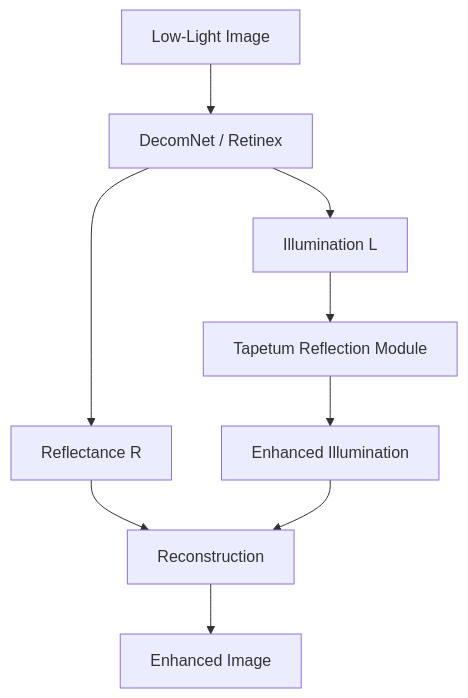
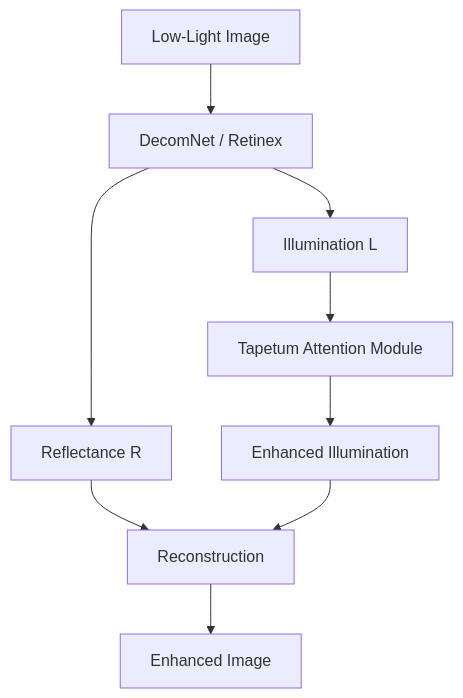
The fourth of 6 diagrams in README.md (muratdelen/TAPETUM), drawn with Mermaid before and after one commit. The commit also changed other lines of this file, not shown here.

````diff
--- a/README.md
+++ b/README.md
@@ -108,18 +108,18 @@
 ```mermaid
 flowchart TD
 
 A[Low-Light Image]
 
 A --> B[DecomNet / Retinex]
 
 B --> C[Reflectance R]
 B --> D[Illumination L]
 
 C --> G[Reconstruction]
 
-D --> E[Tapetum Reflection Module]
+D --> E[Tapetum Attention Module]
 E --> F[Enhanced Illumination]
 F --> G
 
 G --> H[Enhanced Image]
 ```
````
